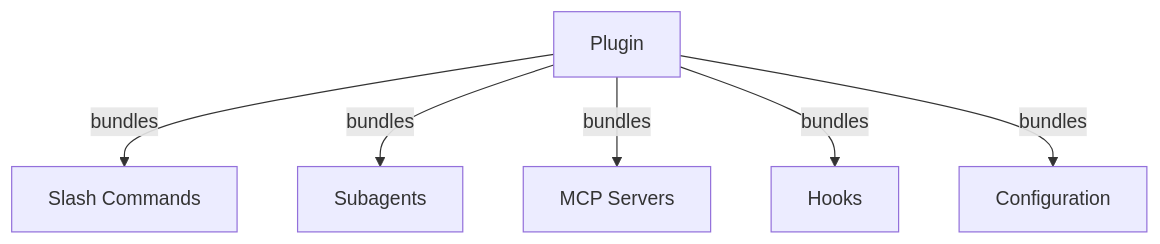
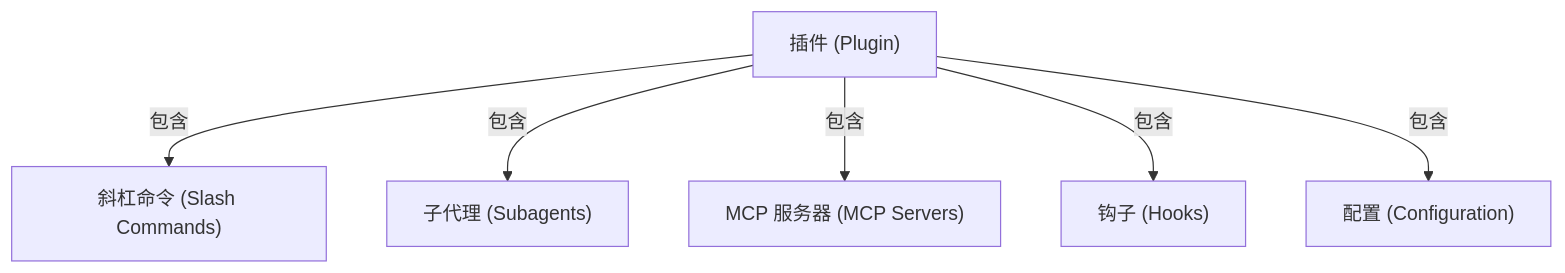
One commit to Rx782-Fss/claude-howto-zh changed the first of 2 diagrams in 07-plugins/README.md. Above: the diagram before and after it, drawn with Mermaid. The commit also changed other lines of this file and 4 other files, not shown here.

````diff
--- a/07-plugins/README.md
+++ b/07-plugins/README.md
@@ -16,15 +26,15 @@
 ```mermaid
 graph TB
-    A["Plugin"]
-    B["Slash Commands"]
-    C["Subagents"]
-    D["MCP Servers"]
-    E["Hooks"]
-    F["Configuration"]
+    A["插件 (Plugin)"]
+    B["斜杠命令 (Slash Commands)"]
+    C["子代理 (Subagents)"]
+    D["MCP 服务器 (MCP Servers)"]
+    E["钩子 (Hooks)"]
+    F["配置 (Configuration)"]
 
-    A -->|bundles| B
-    A -->|bundles| C
-    A -->|bundles| D
-    A -->|bundles| E
-    A -->|bundles| F
+    A -->|包含| B
+    A -->|包含| C
+    A -->|包含| D
+    A -->|包含| E
+    A -->|包含| F
 ```
````
